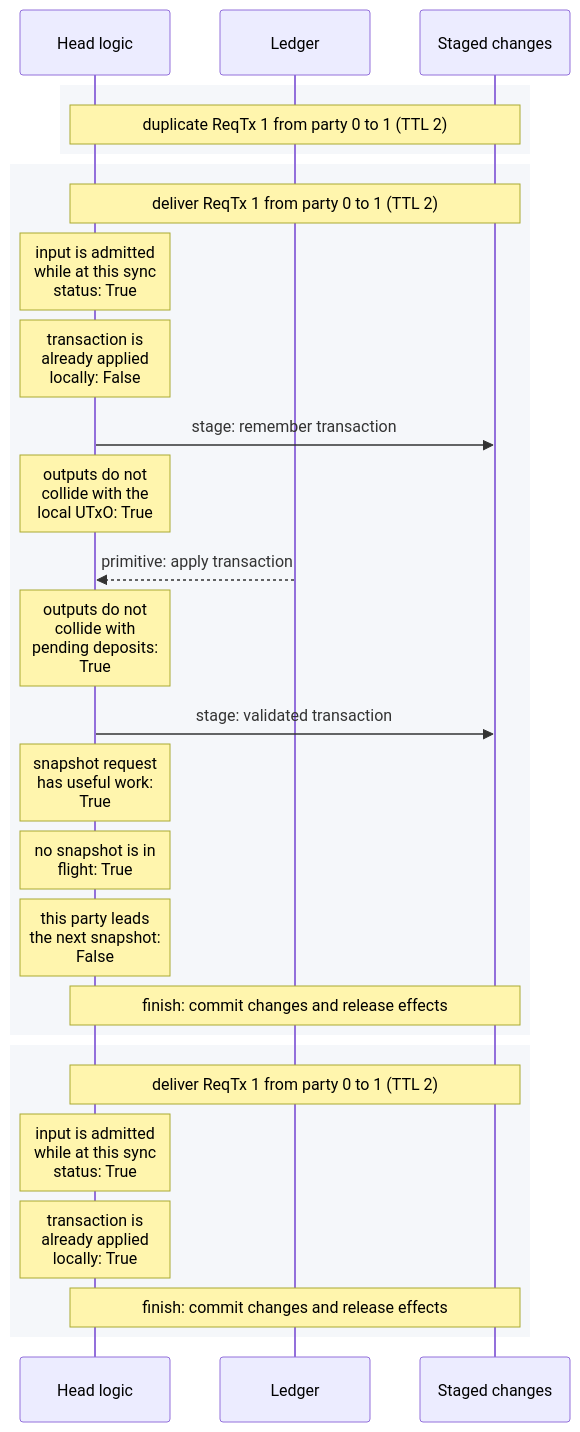
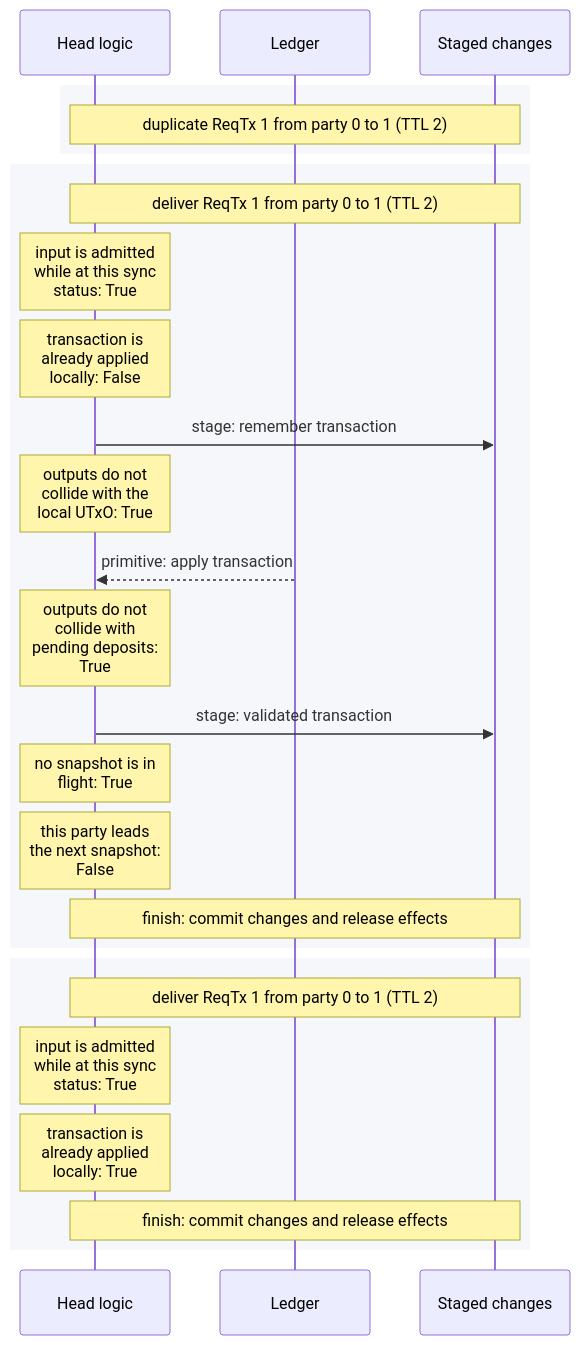
The diagram in docs/docs/dev/architecture/head-logic-experiments/traces/registry-regression-v2.json.mmd (cardano-scaling/hydra), drawn with Mermaid before and after one commit. The commit also changed 17 other files, not shown here.

```diff
--- a/docs/docs/dev/architecture/head-logic-experiments/traces/registry-regression-v2.json.mmd
+++ b/docs/docs/dev/architecture/head-logic-experiments/traces/registry-regression-v2.json.mmd
@@ -1,28 +1,27 @@
 %%{init: {"sequence": {"wrap": true}}}%%
 sequenceDiagram
   participant logic as Head logic
   participant ledger as Ledger
   participant changes as Staged changes
   rect rgb(245, 247, 250)
     Note over logic,changes: duplicate ReqTx 1 from party 0 to 1 (TTL 2)
   end
   rect rgb(245, 247, 250)
     Note over logic,changes: deliver ReqTx 1 from party 0 to 1 (TTL 2)
     Note over logic: input is admitted while at this sync status: True
     Note over logic: transaction is already applied locally: False
     logic->>changes: stage: remember transaction
     Note over logic: outputs do not collide with the local UTxO: True
     ledger-->>logic: primitive: apply transaction
     Note over logic: outputs do not collide with pending deposits: True
     logic->>changes: stage: validated transaction
-    Note over logic: snapshot request has useful work: True
     Note over logic: no snapshot is in flight: True
     Note over logic: this party leads the next snapshot: False
     Note over logic,changes: finish: commit changes and release effects
   end
   rect rgb(245, 247, 250)
     Note over logic,changes: deliver ReqTx 1 from party 0 to 1 (TTL 2)
     Note over logic: input is admitted while at this sync status: True
     Note over logic: transaction is already applied locally: True
     Note over logic,changes: finish: commit changes and release effects
   end
```
